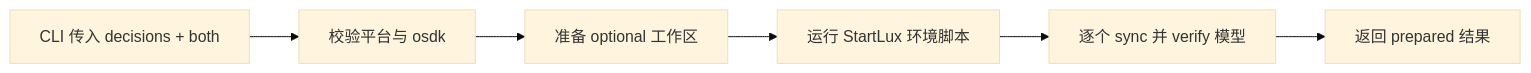
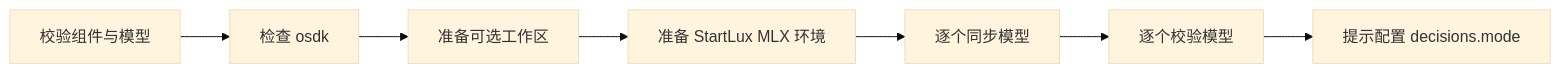
Before and after one commit to lejunyang/omem: the diagram in .repo-review/knowledge/articles/b1f9f8a70f4e1a1f150321e152f9feaf081d364aeda99213e5a10d536b5c58e7.md, drawn with Mermaid (base theme). The commit also changed other lines of this file and 7 other files, not shown here.

````diff
--- a/.repo-review/knowledge/articles/b1f9f8a70f4e1a1f150321e152f9feaf081d364aeda99213e5a10d536b5c58e7.md
+++ b/.repo-review/knowledge/articles/b1f9f8a70f4e1a1f150321e152f9feaf081d364aeda99213e5a10d536b5c58e7.md
@@ -19,8 +19,9 @@
 ```mermaid
 flowchart LR
-  A[CLI 传入 decisions + both] --> B[校验平台与 osdk]
-  B --> C[准备 optional 工作区]
-  C --> D[运行 StartLux 环境脚本]
-  D --> E[逐个 sync 并 verify 模型]
-  E --> F[返回 prepared 结果]
+  A[校验组件与模型] --> B[检查 osdk]
+  B --> C[准备可选工作区]
+  C --> D[准备 StartLux MLX 环境]
+  D --> E[逐个同步模型]
+  E --> F[逐个校验模型]
+  F --> G[提示配置 decisions.mode]
 ```
````
